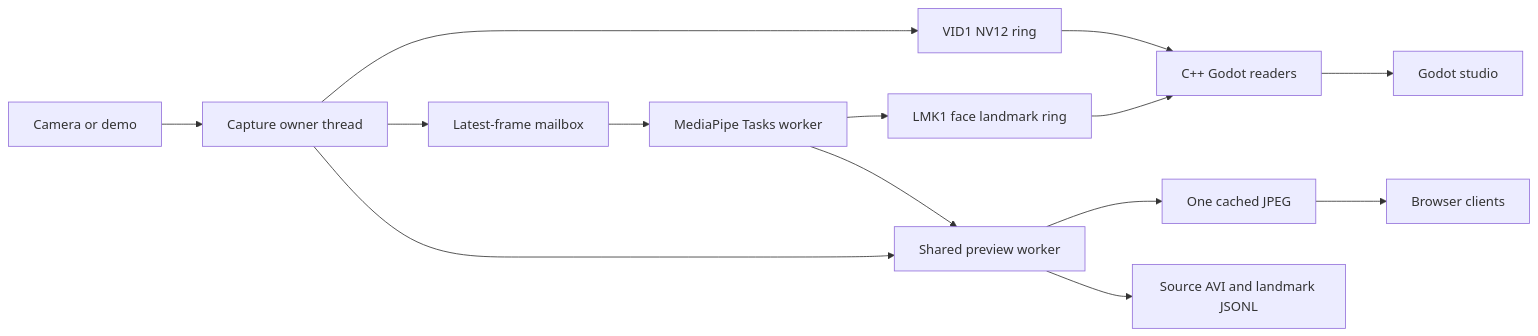
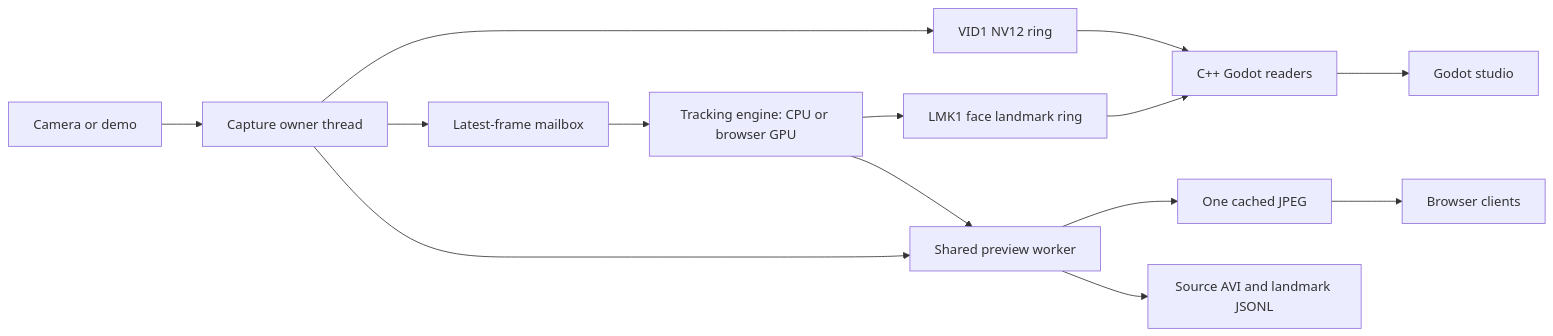
The diagram in docs/ARCHITECTURE.md (saki2fifty/LenzForge), drawn with Mermaid before and after one commit. The commit also changed other lines of this file and 44 other files, not shown here.

Commit message:
Add browser GPU tracking with CPU fallback and live controls

````diff
--- a/docs/ARCHITECTURE.md
+++ b/docs/ARCHITECTURE.md
@@ -11,16 +11,16 @@
 ```mermaid
 flowchart LR
     Source[Camera or demo] --> Capture[Capture owner thread]
     Capture --> Video[VID1 NV12 ring]
     Capture --> Mailbox[Latest-frame mailbox]
-    Mailbox --> Tasks[MediaPipe Tasks worker]
+    Mailbox --> Tasks[Tracking engine: CPU or browser GPU]
     Tasks --> Points[LMK1 face landmark ring]
     Video --> Native[C++ Godot readers]
     Points --> Native
     Native --> Desktop[Godot studio]
     Capture --> Preview[Shared preview worker]
     Tasks --> Preview
     Preview --> JPEG[One cached JPEG]
     JPEG --> Browser[Browser clients]
     Preview --> Recorder[Source AVI and landmark JSONL]
 ```
````
